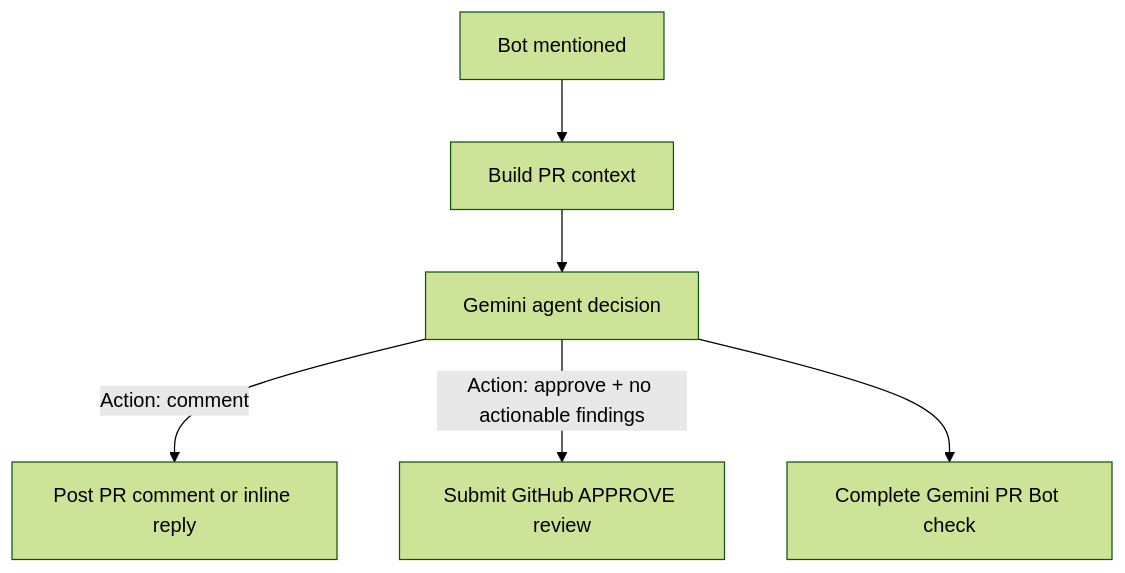
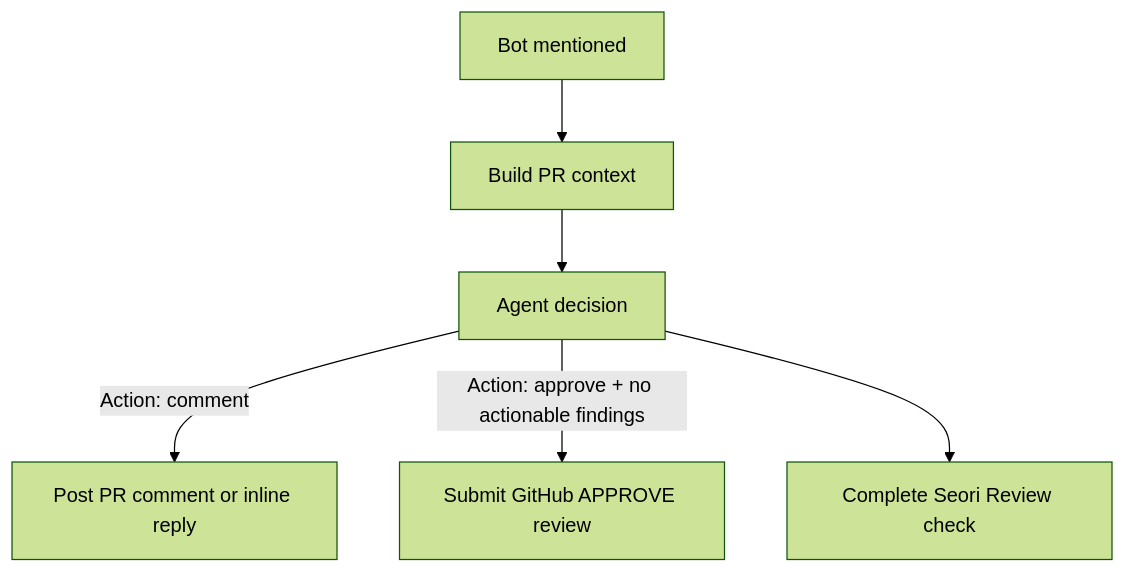
One commit to seorilabs/gemini-pr-bot changed the third of 4 diagrams in README.md. Above: the diagram before and after it, drawn with Mermaid (forest theme). The commit also changed other lines of this file and 12 other files, not shown here.

````diff
--- a/README.md
+++ b/README.md
@@ -68,8 +74,8 @@
 ```mermaid
 flowchart TD
   Mention["Bot mentioned"] --> Context["Build PR context"]
-  Context --> Decide["Gemini agent decision"]
+  Context --> Decide["Agent decision"]
   Decide -->|Action: comment| Comment["Post PR comment or inline reply"]
   Decide -->|Action: approve + no actionable findings| Approval["Submit GitHub APPROVE review"]
-  Decide --> Check["Complete Gemini PR Bot check"]
+  Decide --> Check["Complete Seori Review check"]
 ```
````
